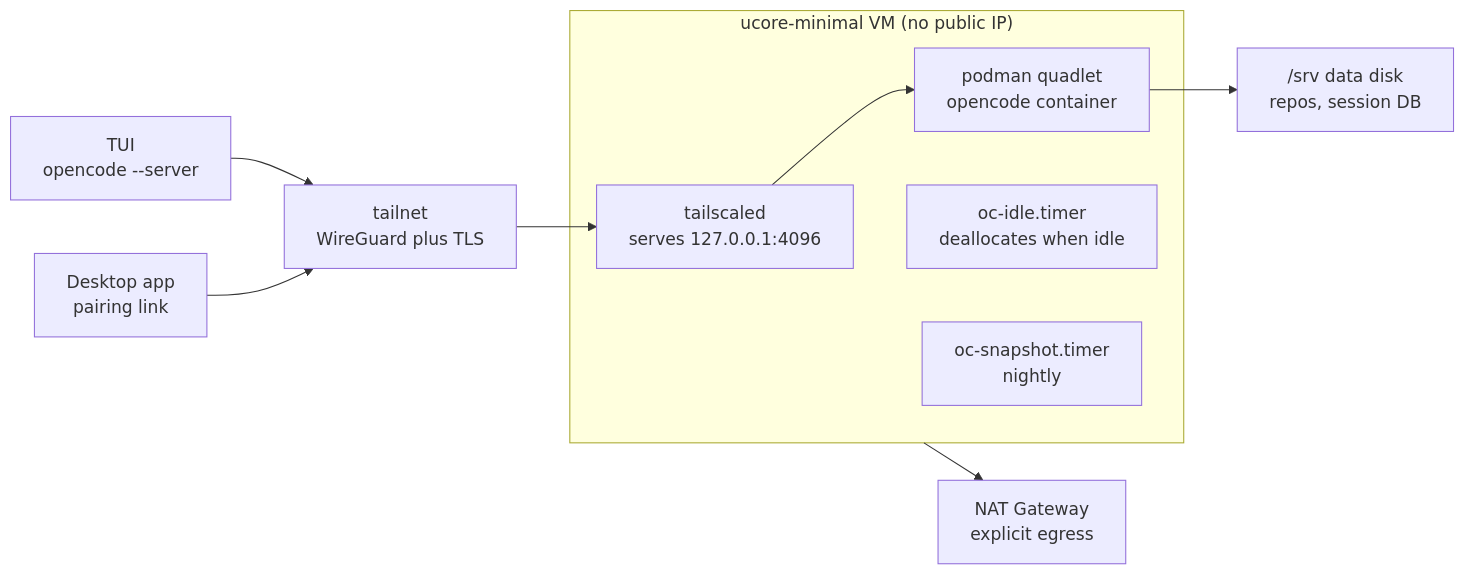
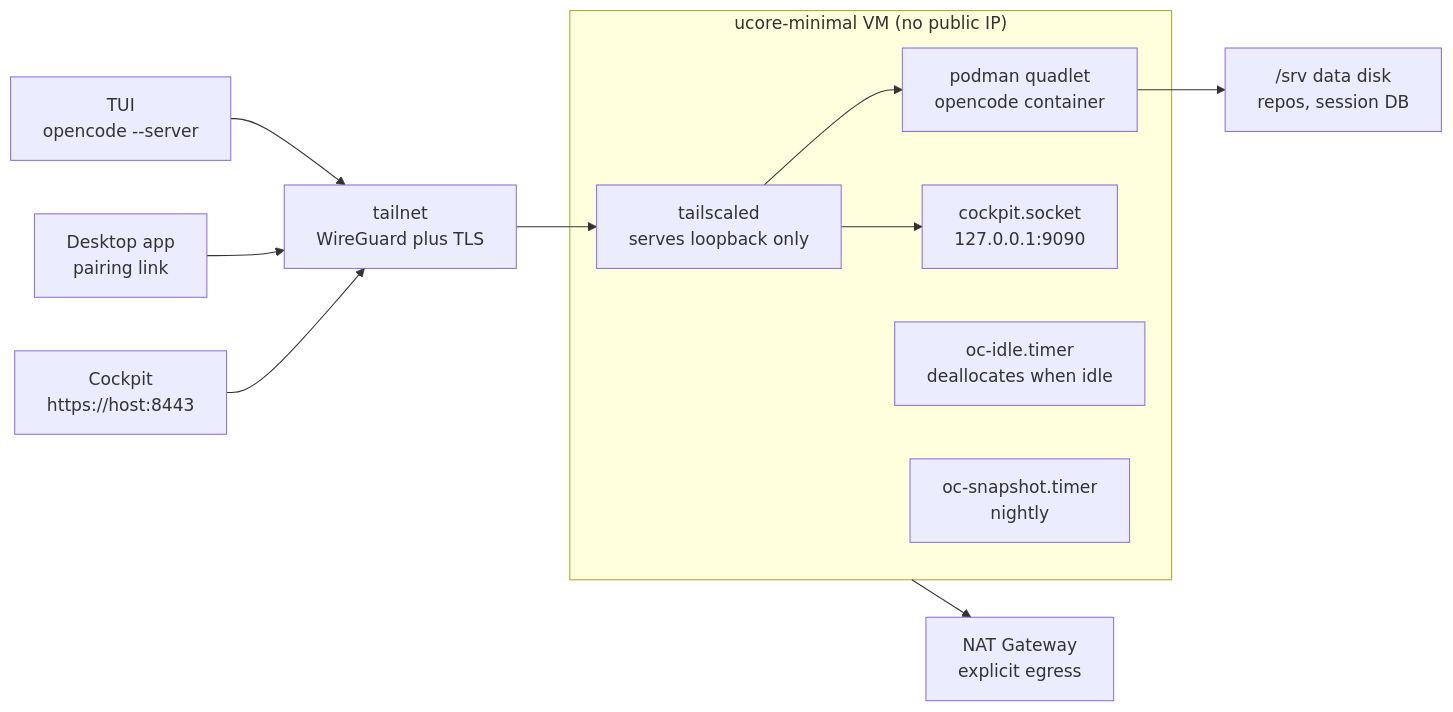
The diagram in README.md (ultus-net/devbox-oc), drawn with Mermaid before and after one commit. The commit also changed other lines of this file and 8 other files, not shown here.

First line of the commit message:
fix: bind Cockpit to loopback and publish it over the tailnet

````diff
--- a/README.md
+++ b/README.md
@@ -16,15 +16,18 @@
 ```mermaid
 flowchart LR
   TUI["TUI<br/>opencode --server"] --> TN
   DESK["Desktop app<br/>pairing link"] --> TN
+  COCK["Cockpit<br/>https://host:8443"] --> TN
   TN["tailnet<br/>WireGuard plus TLS"] --> HOST
   subgraph VM["ucore-minimal VM (no public IP)"]
-    HOST["tailscaled<br/>serves 127.0.0.1:4096"]
+    HOST["tailscaled<br/>serves loopback only"]
     Q["podman quadlet<br/>opencode container"]
+    CP["cockpit.socket<br/>127.0.0.1:9090"]
     IDLE["oc-idle.timer<br/>deallocates when idle"]
     SN["oc-snapshot.timer<br/>nightly"]
     HOST --> Q
+    HOST --> CP
   end
   Q --> DD["/srv data disk<br/>repos, session DB"]
   VM --> NAT["NAT Gateway<br/>explicit egress"]
 ```
````
